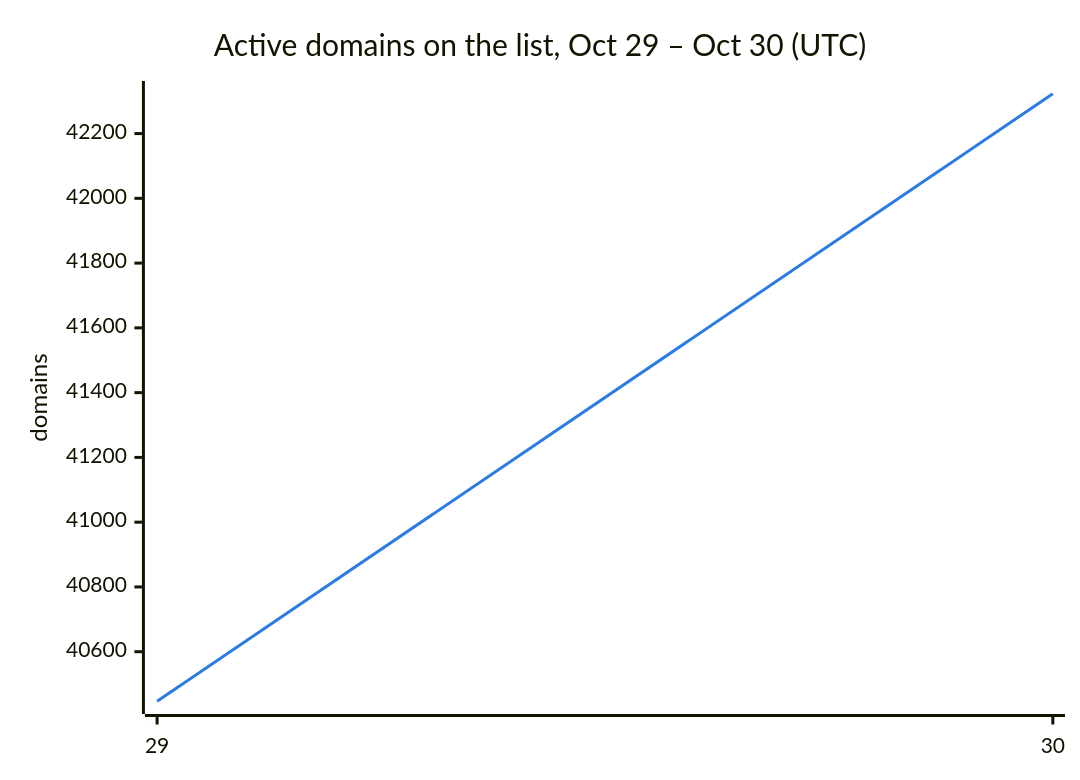
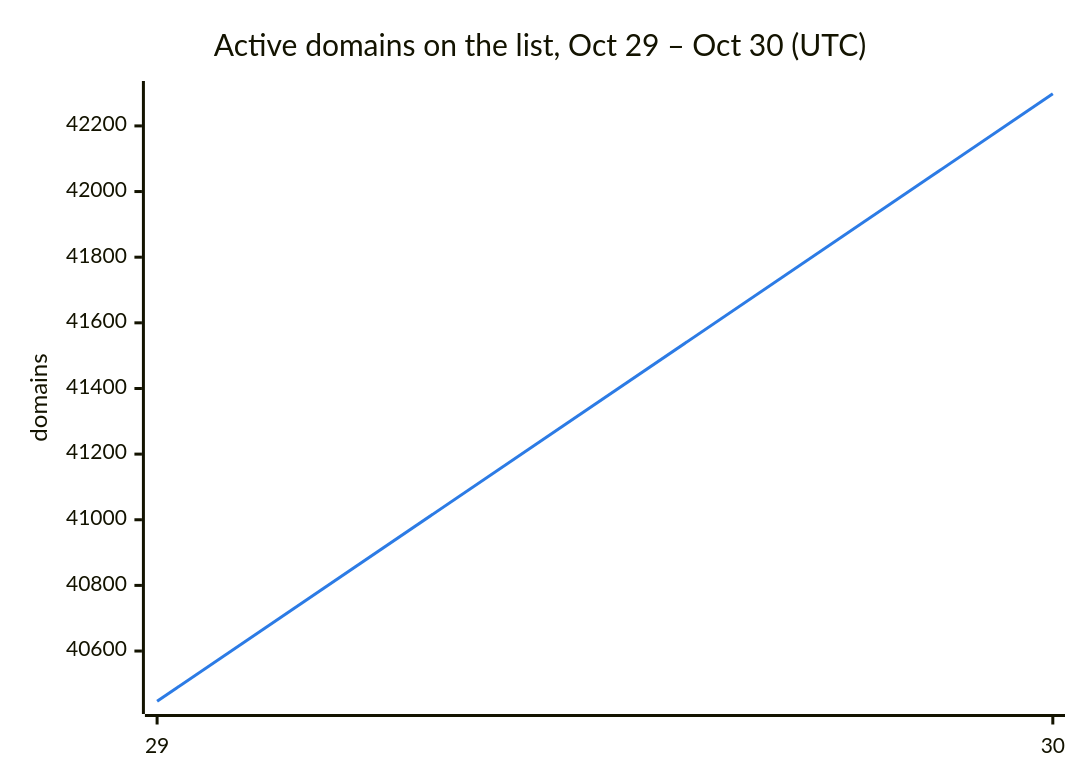
Before and after one commit to DNSBunker/CTI: the second of 3 diagrams in README.md, drawn with Mermaid. The commit also changed other lines of this file and 3 other files, not shown here.

````diff
--- a/README.md
+++ b/README.md
@@ -38,8 +38,8 @@
 ```mermaid
 %%{init: {"themeVariables": {"xyChart": {"plotColorPalette": "#2c7be5"}}}}%%
 xychart-beta
     title "Active domains on the list, Oct 29 – Oct 30 (UTC)"
     x-axis ["29", "30"]
     y-axis "domains"
-    line [40447, 42323]
+    line [40447, 42298]
 ```
````
